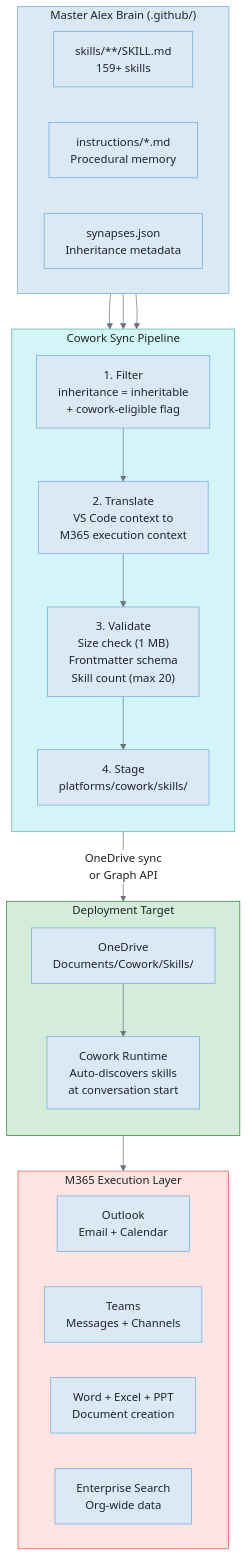
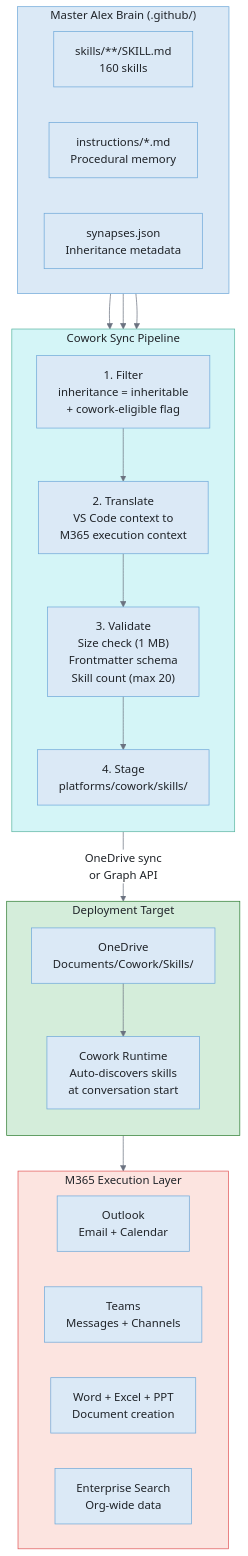
The second of 8 diagrams in alex_docs/cowork/ARCHITECTURE.md (fabioc-aloha/Alex_Plug_In), drawn with Mermaid before and after one commit. The commit also changed other lines of this file and 71 other files, not shown here.

````diff
--- a/alex_docs/cowork/ARCHITECTURE.md
+++ b/alex_docs/cowork/ARCHITECTURE.md
@@ -82,48 +82,48 @@
 ```mermaid
 %%{init: {'theme': 'base', 'themeVariables': {'background': '#f8f9fa', 'primaryColor': '#dbe9f6', 'primaryTextColor': '#1f2328', 'primaryBorderColor': '#6ea8d9', 'lineColor': '#6b7280', 'secondaryColor': '#d4f5f7', 'secondaryBorderColor': '#5ab5a0', 'edgeLabelBackground': '#ffffff', 'fontFamily': 'Segoe UI, system-ui, sans-serif'}}}%%
 flowchart TB
     subgraph MASTER_BRAIN["Master Alex Brain (.github/)"]
         direction LR
-        SKILLS["skills/**/SKILL.md<br/>159+ skills"]
+        SKILLS["skills/**/SKILL.md<br/>160 skills"]
         INSTR["instructions/*.md<br/>Procedural memory"]
         SYN["synapses.json<br/>Inheritance metadata"]
     end
 
     subgraph PIPELINE["Cowork Sync Pipeline"]
         direction TB
         FILTER["1. Filter<br/>inheritance = inheritable<br/>+ cowork-eligible flag"]
         TRANSLATE["2. Translate<br/>VS Code context to<br/>M365 execution context"]
         VALIDATE["3. Validate<br/>Size check (1 MB)<br/>Frontmatter schema<br/>Skill count (max 20)"]
         STAGE["4. Stage<br/>platforms/cowork/skills/"]
     end
 
     subgraph DEPLOY["Deployment Target"]
         direction TB
         ONEDRIVE["OneDrive<br/>Documents/Cowork/Skills/"]
         COWORK_RT["Cowork Runtime<br/>Auto-discovers skills<br/>at conversation start"]
     end
 
     subgraph M365_EXEC["M365 Execution Layer"]
         direction LR
         OUTLOOK["Outlook<br/>Email + Calendar"]
         TEAMS["Teams<br/>Messages + Channels"]
         OFFICE["Word + Excel + PPT<br/>Document creation"]
         SEARCH["Enterprise Search<br/>Org-wide data"]
     end
 
     SKILLS --> FILTER
     SYN --> FILTER
     INSTR --> TRANSLATE
     FILTER --> TRANSLATE
     TRANSLATE --> VALIDATE
     VALIDATE --> STAGE
 
     STAGE -->|"OneDrive sync<br/>or Graph API"| ONEDRIVE
     ONEDRIVE --> COWORK_RT
     COWORK_RT --> M365_EXEC
 
     style MASTER_BRAIN fill:#dbe9f6,stroke:#6ea8d9,color:#1f2328
     style PIPELINE fill:#d4f5f7,stroke:#5ab5a0,color:#1f2328
     style DEPLOY fill:#d4edda,stroke:#2e7d32,color:#1f2328
     style M365_EXEC fill:#fce4e0,stroke:#e15759,color:#1f2328
 ```
````
